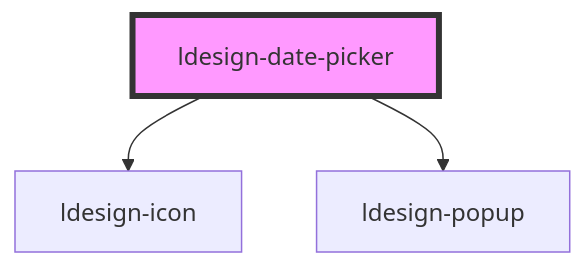
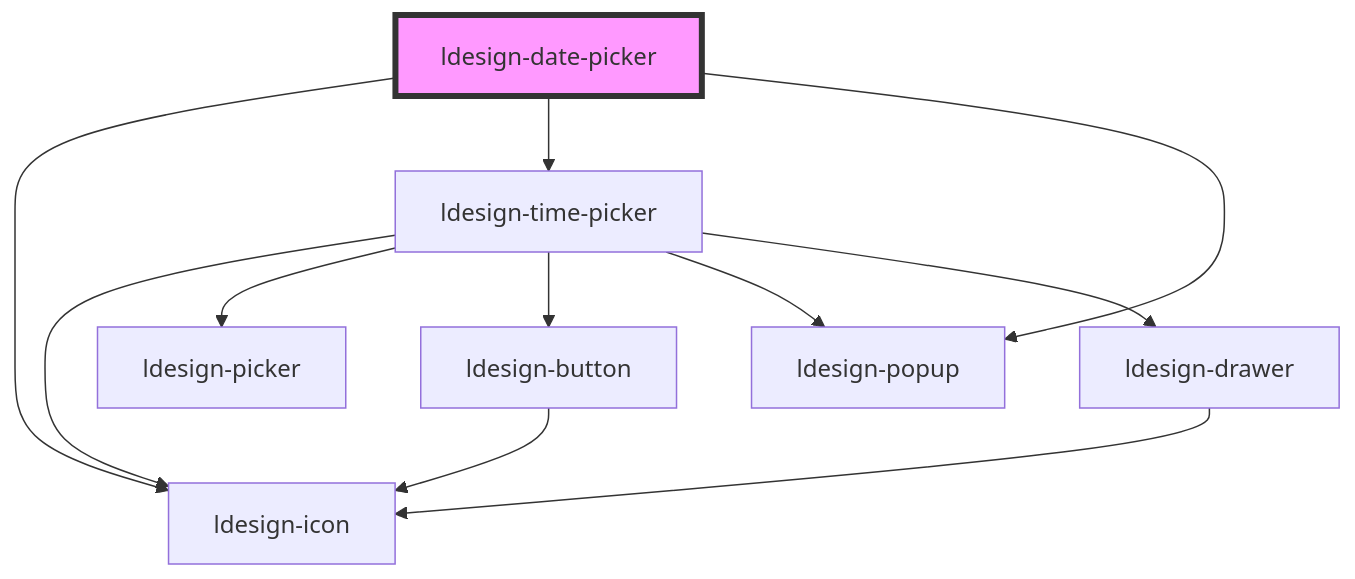
The diagram in packages/webcomponent/src/components/datepicker/readme.md (poly1603/ldesign), drawn with Mermaid before and after one commit. The commit also changed other lines of this file and 31 other files, not shown here.

````diff
--- a/packages/webcomponent/src/components/datepicker/readme.md
+++ b/packages/webcomponent/src/components/datepicker/readme.md
@@ -42,6 +46,14 @@
 ```mermaid
 graph TD;
   ldesign-date-picker --> ldesign-icon
+  ldesign-date-picker --> ldesign-time-picker
   ldesign-date-picker --> ldesign-popup
+  ldesign-time-picker --> ldesign-icon
+  ldesign-time-picker --> ldesign-picker
+  ldesign-time-picker --> ldesign-button
+  ldesign-time-picker --> ldesign-popup
+  ldesign-time-picker --> ldesign-drawer
+  ldesign-button --> ldesign-icon
+  ldesign-drawer --> ldesign-icon
   style ldesign-date-picker fill:#f9f,stroke:#333,stroke-width:4px
 ```
````
